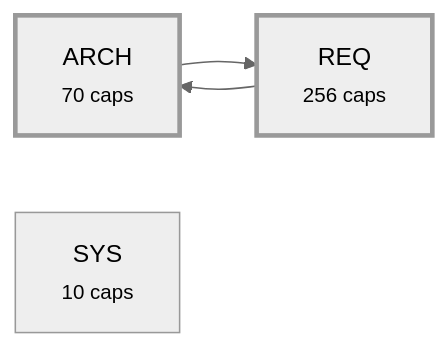
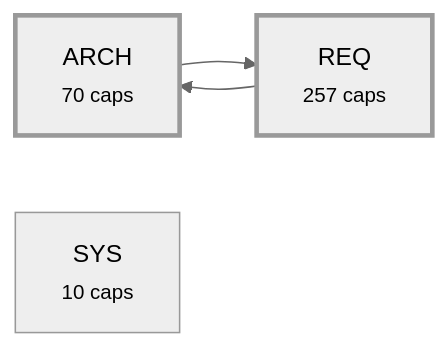
The third of 4 diagrams in plugin/requirements/_map.md (alxmax/Requirement-manager), drawn with Mermaid (neutral theme) before and after one commit. The commit also changed other lines of this file and 30 other files, not shown here.

````diff
--- a/plugin/requirements/_map.md
+++ b/plugin/requirements/_map.md
@@ -1133,10 +1134,10 @@
 ```mermaid
 graph LR
   a_ARCH["ARCH<br><small>70 caps</small>"]
-  a_REQ["REQ<br><small>256 caps</small>"]
+  a_REQ["REQ<br><small>257 caps</small>"]
   a_SYS["SYS<br><small>10 caps</small>"]
   a_ARCH --> a_REQ
   a_REQ --> a_ARCH
   style a_ARCH stroke-width:3px
   style a_REQ stroke-width:3px
 ```
````
